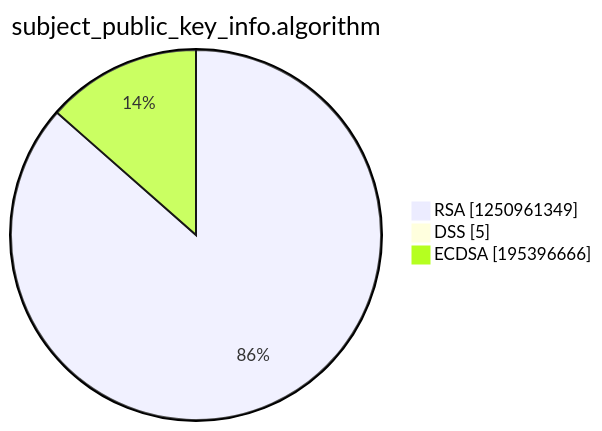
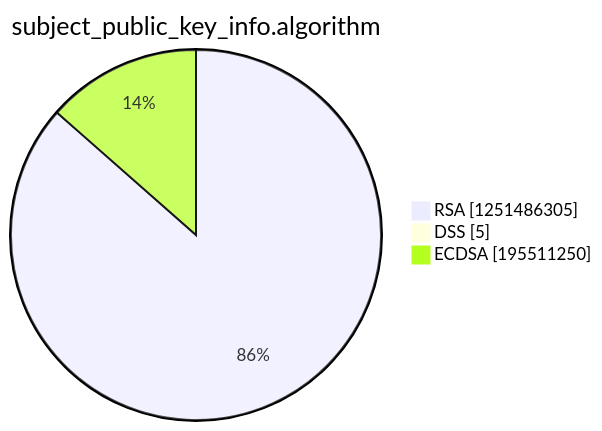
The third of 15 diagrams in argon2022/README.md (christiankrug/ctmonitor_visualization), drawn with Mermaid before and after one commit. The commit also changed other lines of this file, not shown here.

````diff
--- a/argon2022/README.md
+++ b/argon2022/README.md
@@ -14,7 +14,7 @@
 ```mermaid
 pie showData
 title subject_public_key_info.algorithm
-"RSA" :1250961349
+"RSA" :1251486305
 "DSS" :5
-"ECDSA" :195396666
+"ECDSA" :195511250
 ```
````
